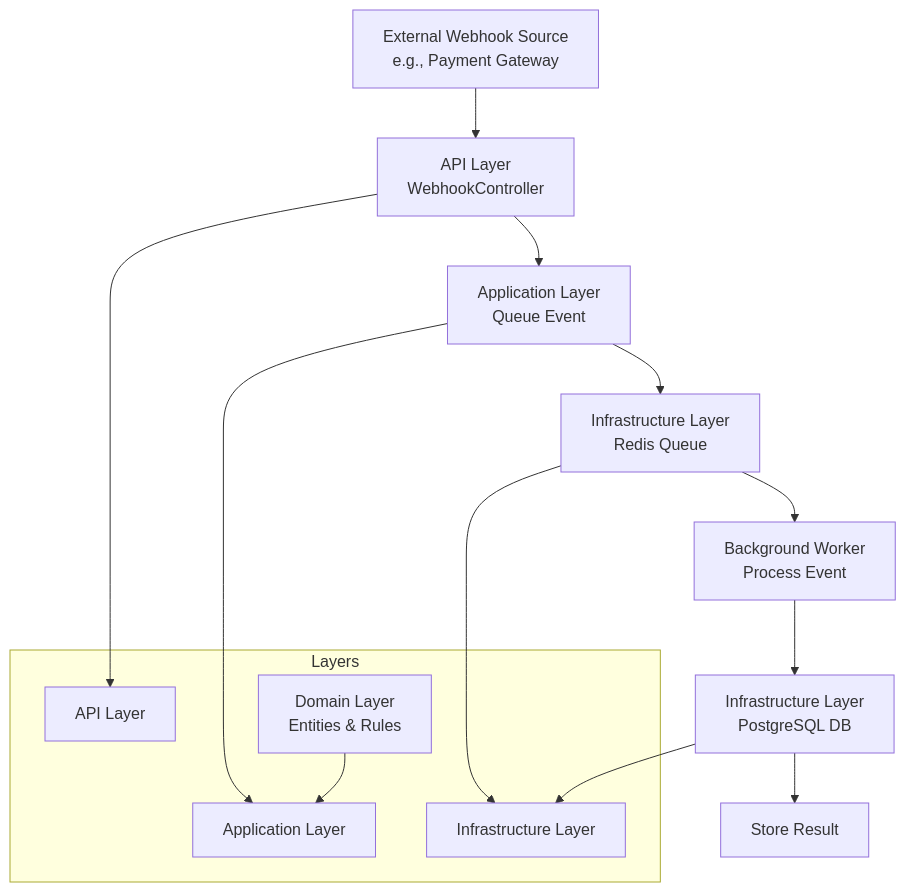
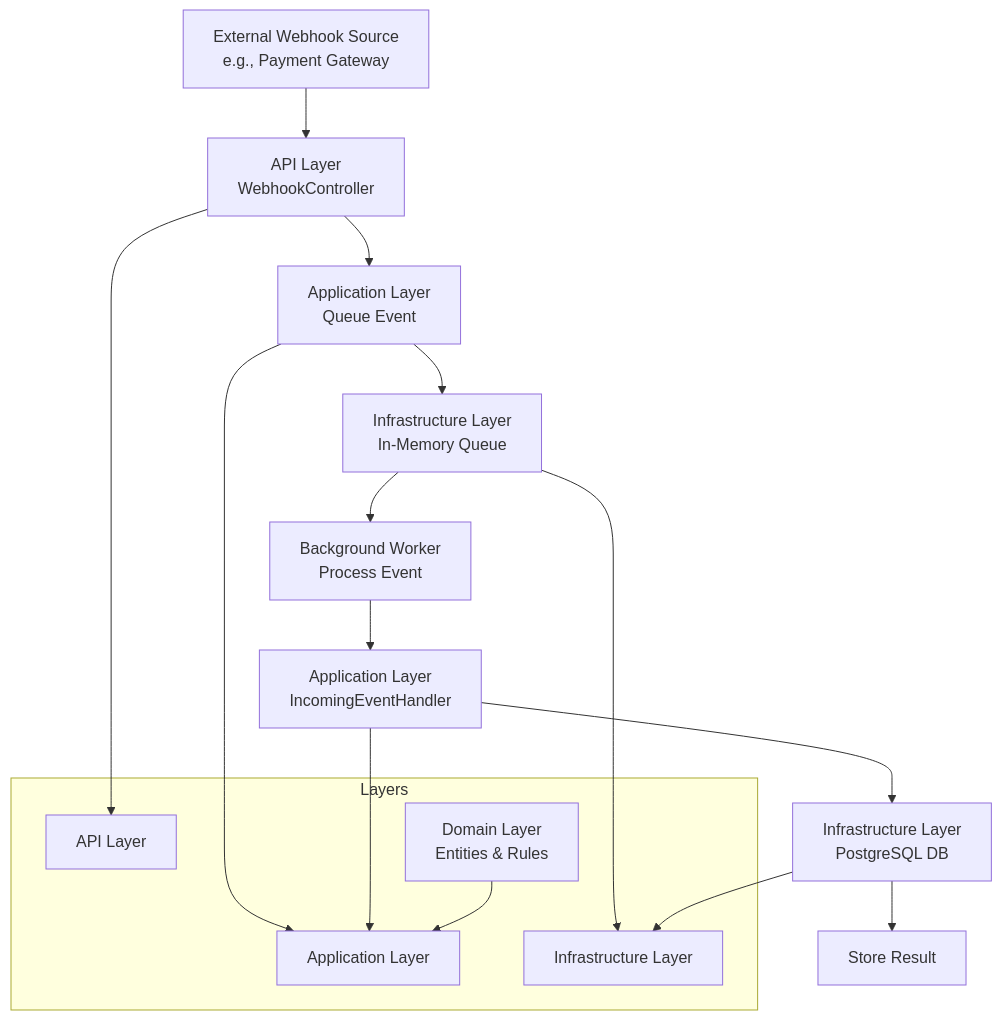
The first of 2 diagrams in Readme.md (Jeanty-Nassau/webhook_processing_platform), drawn with Mermaid before and after one commit. The commit also changed other lines of this file and 21 other files, not shown here.

````diff
--- a/Readme.md
+++ b/Readme.md
@@ -14,22 +26,24 @@
 ```mermaid
 graph TD
     A[External Webhook Source<br/>e.g., Payment Gateway] --> B[API Layer<br/>WebhookController]
     B --> C[Application Layer<br/>Queue Event]
-    C --> D[Infrastructure Layer<br/>Redis Queue]
+    C --> D[Infrastructure Layer<br/>In-Memory Queue]
     D --> E[Background Worker<br/>Process Event]
-    E --> F[Infrastructure Layer<br/>PostgreSQL DB]
-    F --> G[Store Result]
+    E --> F[Application Layer<br/>IncomingEventHandler]
+    F --> G[Infrastructure Layer<br/>PostgreSQL DB]
+    G --> H[Store Result]
 
     subgraph "Layers"
         B1[API Layer]
         B2[Application Layer]
         B3[Domain Layer<br/>Entities & Rules]
         B4[Infrastructure Layer]
     end
 
     B --> B1
     C --> B2
+    F --> B2
     B3 --> B2
     D --> B4
-    F --> B4
+    G --> B4
 ```
````
